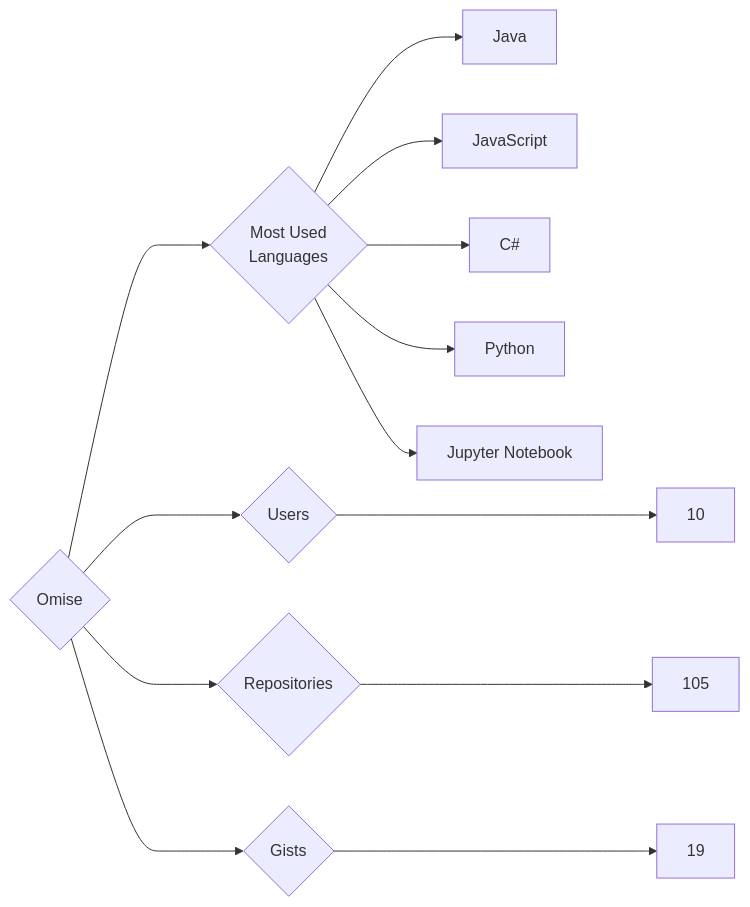
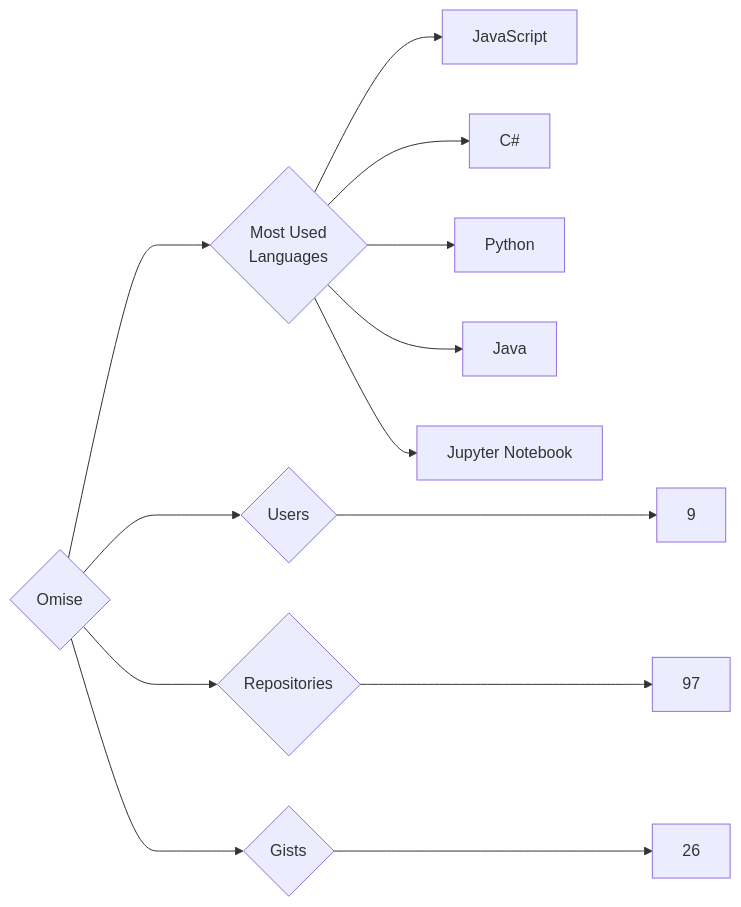
The diagram in targets/Omise/README.md (trickest/insiders), drawn with Mermaid before and after one commit. The commit also changed 860 other files, not shown here.

````diff
--- a/targets/Omise/README.md
+++ b/targets/Omise/README.md
@@ -3,13 +3,13 @@
 ```mermaid
 graph LR
 COMPANY_NAME{Omise}
-COMPANY_NAME ---> U{Users} ---> UN[10]
-COMPANY_NAME ---> R{Repositories} ---> RN[105]
-COMPANY_NAME ---> G{Gists} ---> GN[19]
+COMPANY_NAME ---> U{Users} ---> UN[9]
+COMPANY_NAME ---> R{Repositories} ---> RN[97]
+COMPANY_NAME ---> G{Gists} ---> GN[26]
 COMPANY_NAME ---> ML{Most Used<br>Languages}
-ML --> Java[Java]
 ML --> JavaScript[JavaScript]
 ML --> C#[C#]
 ML --> Python[Python]
+ML --> Java[Java]
 ML --> Jupyter_Notebook[Jupyter Notebook]
 ```
````
